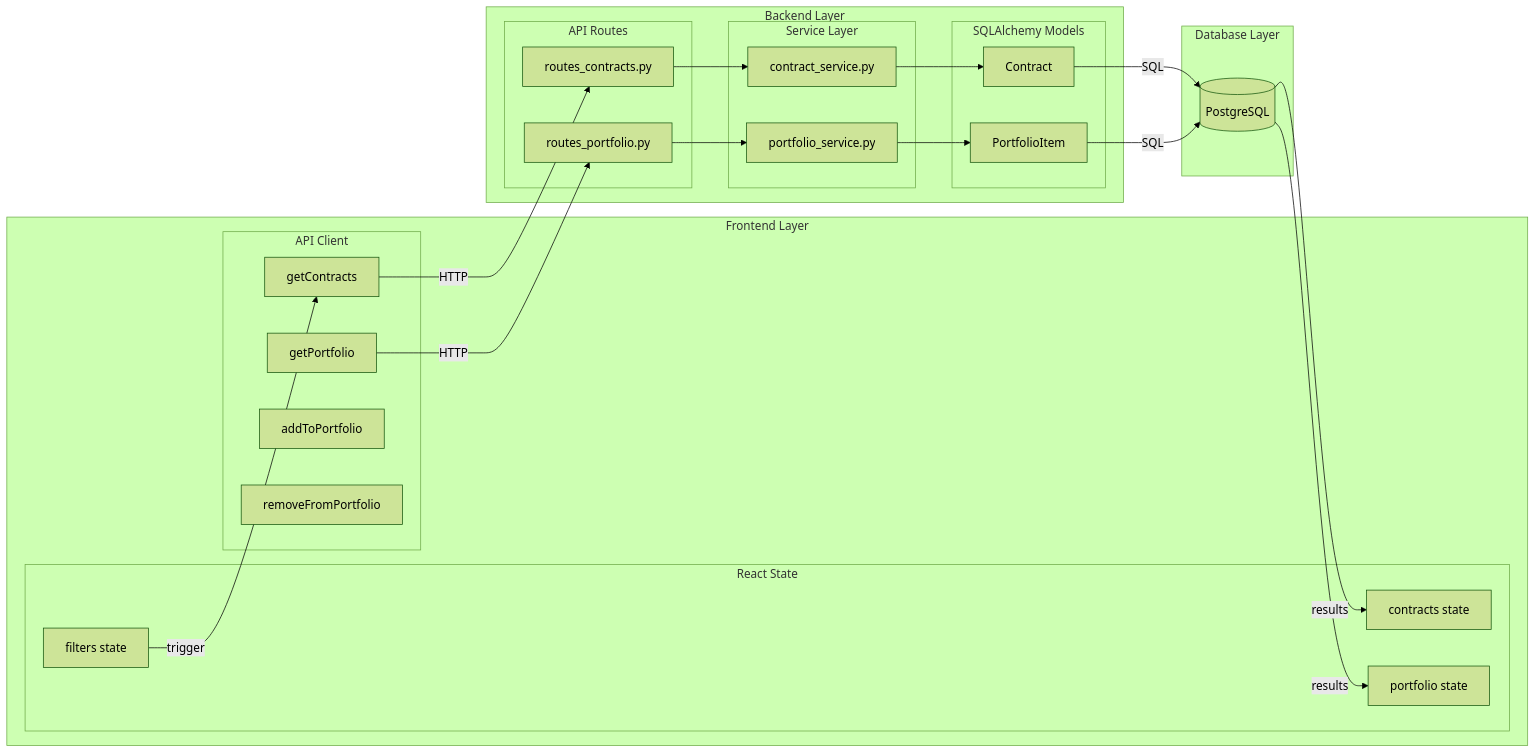
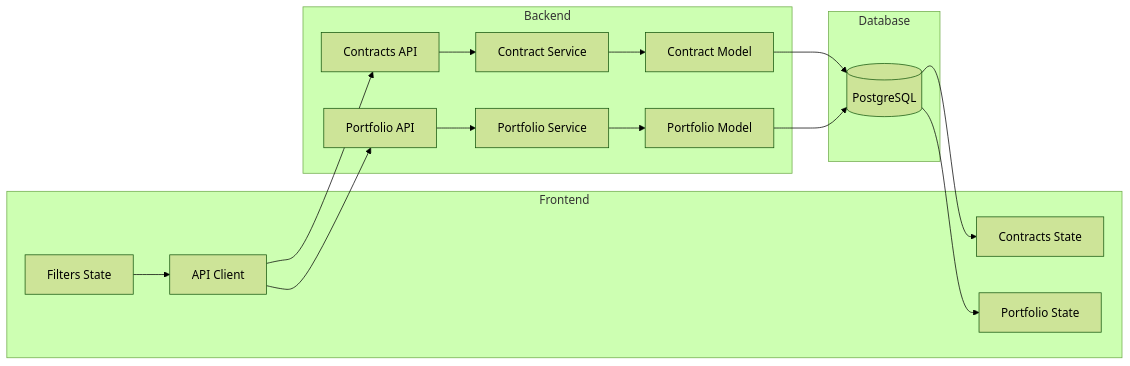
One commit to Mertsukusu/energy-marketplace-platform changed the third of 7 diagrams in README.md. Above: the diagram before and after it, drawn with Mermaid (forest theme). The commit also changed other lines of this file, not shown here.

Commit message:
fix: Correct Mermaid diagram syntax errors

````diff
--- a/README.md
+++ b/README.md
@@ -231,49 +230,34 @@
 ```mermaid
 flowchart LR
-    subgraph Frontend[Frontend Layer]
-        subgraph State[React State]
-            Filters[filters state]
-            ContractsData[contracts state]
-            PortfolioData[portfolio state]
-        end
-        subgraph Client[API Client]
-            GetContracts[getContracts]
-            GetPortfolio[getPortfolio]
-            AddToPortfolio[addToPortfolio]
-            RemoveFromPortfolio[removeFromPortfolio]
-        end
+    subgraph FE[Frontend]
+        Filters[Filters State]
+        ContractsData[Contracts State]
+        PortfolioData[Portfolio State]
+        APIClient[API Client]
     end
 
-    subgraph Backend[Backend Layer]
-        subgraph API[API Routes]
-            ContractsAPI[routes_contracts.py]
-            PortfolioAPI[routes_portfolio.py]
-        end
-        subgraph ServiceLayer[Service Layer]
-            ContractSvc[contract_service.py]
-            PortfolioSvc[portfolio_service.py]
-        end
-        subgraph ORM[SQLAlchemy Models]
-            Contract[Contract]
-            PortfolioItem[PortfolioItem]
-        end
+    subgraph BE[Backend]
+        ContractsAPI[Contracts API]
+        PortfolioAPI[Portfolio API]
+        ContractSvc[Contract Service]
+        PortfolioSvc[Portfolio Service]
+        ContractModel[Contract Model]
+        PortfolioModel[Portfolio Model]
     end
 
-    subgraph Database[Database Layer]
+    subgraph DB[Database]
         PG[(PostgreSQL)]
     end
 
-    Filters -->|trigger| GetContracts
-    GetContracts -->|HTTP| ContractsAPI
+    Filters --> APIClient
+    APIClient --> ContractsAPI
+    APIClient --> PortfolioAPI
     ContractsAPI --> ContractSvc
-    ContractSvc --> Contract
-    Contract -->|SQL| PG
-
-    GetPortfolio -->|HTTP| PortfolioAPI
     PortfolioAPI --> PortfolioSvc
-    PortfolioSvc --> PortfolioItem
-    PortfolioItem -->|SQL| PG
-
-    PG -->|results| ContractsData
-    PG -->|results| PortfolioData
+    ContractSvc --> ContractModel
+    PortfolioSvc --> PortfolioModel
+    ContractModel --> PG
+    PortfolioModel --> PG
+    PG --> ContractsData
+    PG --> PortfolioData
 ```
````
